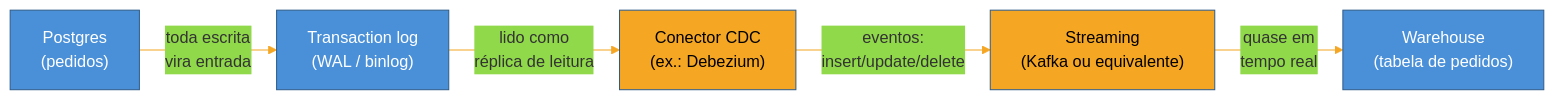
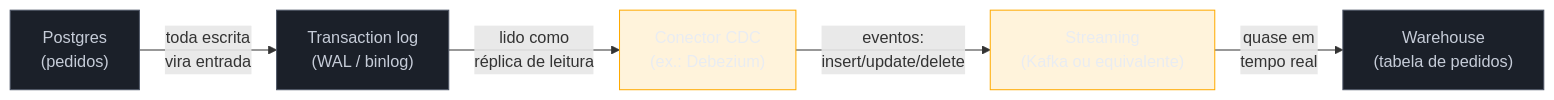
The diagram in 03-Dominios/Engenharia/Dados/3 - Pipelines - movimentação e transformação/02 - Ingestão de dados.md (josenaldo/codex-technomanticus), drawn with Mermaid before and after one commit. The commit also changed 1181 other files, not shown here.

First line of the commit message:
fix(diagramas): paleta do sistema no lugar de cor cravada no markdown

````diff
--- a/03-Dominios/Engenharia/Dados/3 - Pipelines - movimentação e transformação/02 - Ingestão de dados.md
+++ b/03-Dominios/Engenharia/Dados/3 - Pipelines - movimentação e transformação/02 - Ingestão de dados.md
@@ -89,14 +89,15 @@
 ```mermaid
-%%{init: {"theme": "base", "themeVariables": {"primaryColor": "#4A90D9", "primaryBorderColor": "#2E5C8A", "lineColor": "#F5A623"}}}%%
 graph LR
+    classDef neutro fill:#1B2029,stroke:#4E5666,color:#C6CCD8
+    classDef destaque fill:#FFAA0024,stroke:#FFAA00,color:#E9ECF2
     PG["Postgres<br/>(pedidos)"] -->|"toda escrita<br/>vira entrada"| WAL["Transaction log<br/>(WAL / binlog)"]
     WAL -->|"lido como<br/>réplica de leitura"| CDC["Conector CDC<br/>(ex.: Debezium)"]
     CDC -->|"eventos:<br/>insert/update/delete"| Bus["Streaming<br/>(Kafka ou equivalente)"]
     Bus -->|"quase em<br/>tempo real"| DW["Warehouse<br/>(tabela de pedidos)"]
 
-    style PG fill:#4A90D9,color:#fff
-    style WAL fill:#4A90D9,color:#fff
-    style CDC fill:#F5A623,color:#000
-    style Bus fill:#F5A623,color:#000
-    style DW fill:#4A90D9,color:#fff
+    class PG neutro
+    class WAL neutro
+    class CDC destaque
+    class Bus destaque
+    class DW neutro
 ```
````
